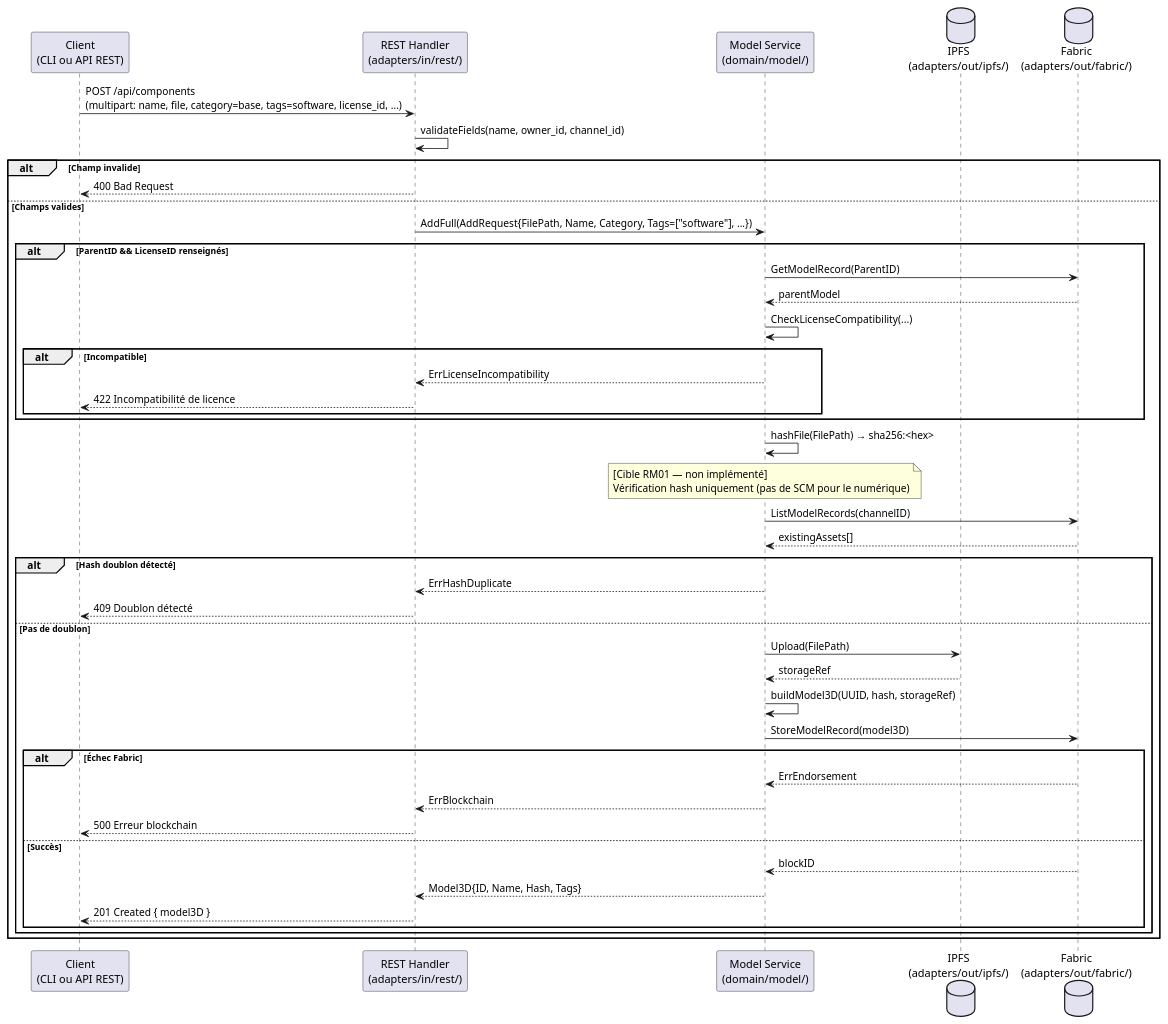
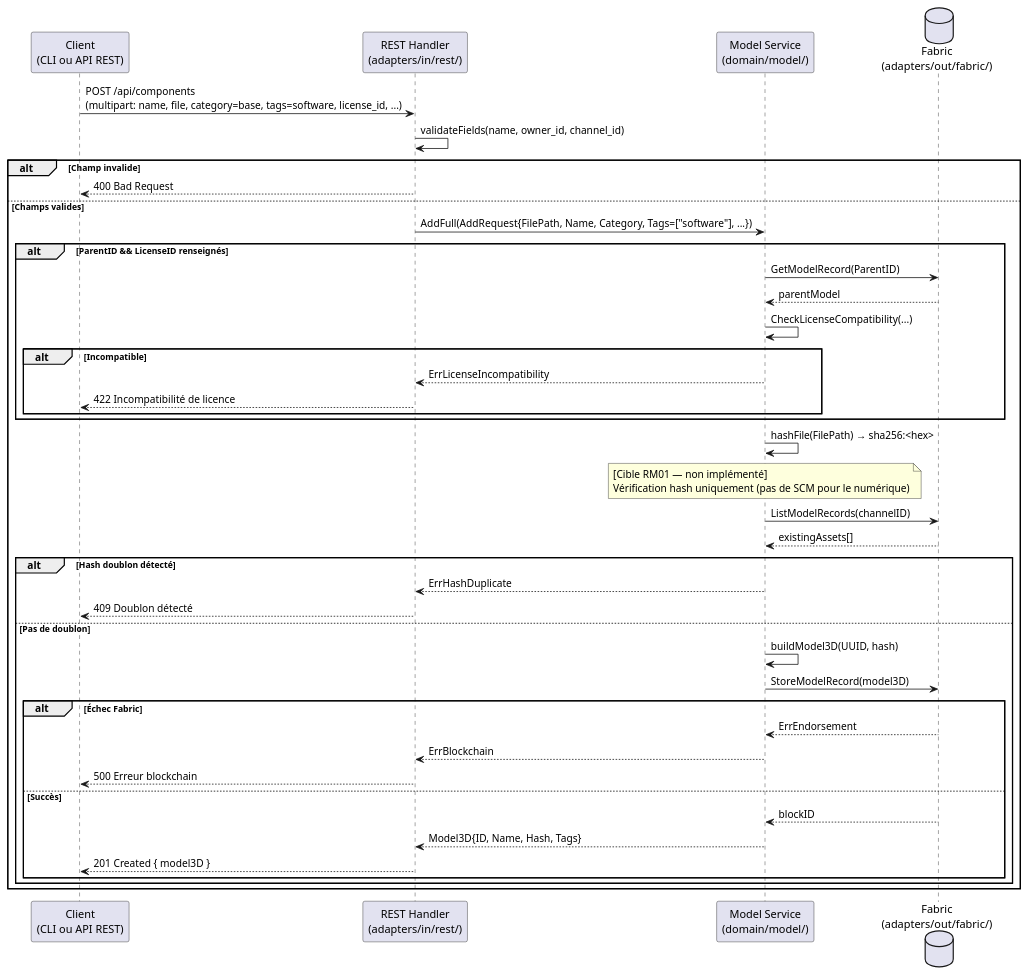
Before and after one commit to myr-forge/myr-core: the second of 2 diagrams in specs/2-Analyse/UCCE-Composant_Ecriture/UCCE03.md, drawn with PlantUML. The commit also changed other lines of this file and 23 other files, not shown here.

First line of the commit message:
refactor: remove IPFS storage and focus on 3D file traceability

````diff
--- a/specs/2-Analyse/UCCE-Composant_Ecriture/UCCE03.md
+++ b/specs/2-Analyse/UCCE-Composant_Ecriture/UCCE03.md
@@ -148,55 +148,52 @@
 ```plantuml
 @startuml
 participant "Client\n(CLI ou API REST)" as Browser
 participant "REST Handler\n(adapters/in/rest/)" as REST
 participant "Model Service\n(domain/model/)" as ModelSvc
-database "IPFS\n(adapters/out/ipfs/)" as IPFS
 database "Fabric\n(adapters/out/fabric/)" as Fabric
 
 Browser -> REST : POST /api/components\n(multipart: name, file, category=base, tags=software, license_id, ...)
 REST -> REST : validateFields(name, owner_id, channel_id)
 
 alt Champ invalide
     REST --> Browser : 400 Bad Request
 else Champs valides
     REST -> ModelSvc : AddFull(AddRequest{FilePath, Name, Category, Tags=["software"], ...})
 
     alt ParentID && LicenseID renseignés
         ModelSvc -> Fabric : GetModelRecord(ParentID)
         Fabric --> ModelSvc : parentModel
         ModelSvc -> ModelSvc : CheckLicenseCompatibility(...)
         alt Incompatible
             ModelSvc --> REST : ErrLicenseIncompatibility
             REST --> Browser : 422 Incompatibilité de licence
         end
     end
 
     ModelSvc -> ModelSvc : hashFile(FilePath) → sha256:<hex>
 
     note over ModelSvc : [Cible RM01 — non implémenté]\nVérification hash uniquement (pas de SCM pour le numérique)
     ModelSvc -> Fabric : ListModelRecords(channelID)
     Fabric --> ModelSvc : existingAssets[]
 
     alt Hash doublon détecté
         ModelSvc --> REST : ErrHashDuplicate
         REST --> Browser : 409 Doublon détecté
     else Pas de doublon
-        ModelSvc -> IPFS : Upload(FilePath)
-        IPFS --> ModelSvc : storageRef
-        ModelSvc -> ModelSvc : buildModel3D(UUID, hash, storageRef)
+        ModelSvc -> ModelSvc : buildModel3D(UUID, hash)
         ModelSvc -> Fabric : StoreModelRecord(model3D)
 
         alt Échec Fabric
             Fabric --> ModelSvc : ErrEndorsement
             ModelSvc --> REST : ErrBlockchain
             REST --> Browser : 500 Erreur blockchain
         else Succès
             Fabric --> ModelSvc : blockID
             ModelSvc --> REST : Model3D{ID, Name, Hash, Tags}
             REST --> Browser : 201 Created { model3D }
         end
     end
 end
 
 @enduml
 ```
````
